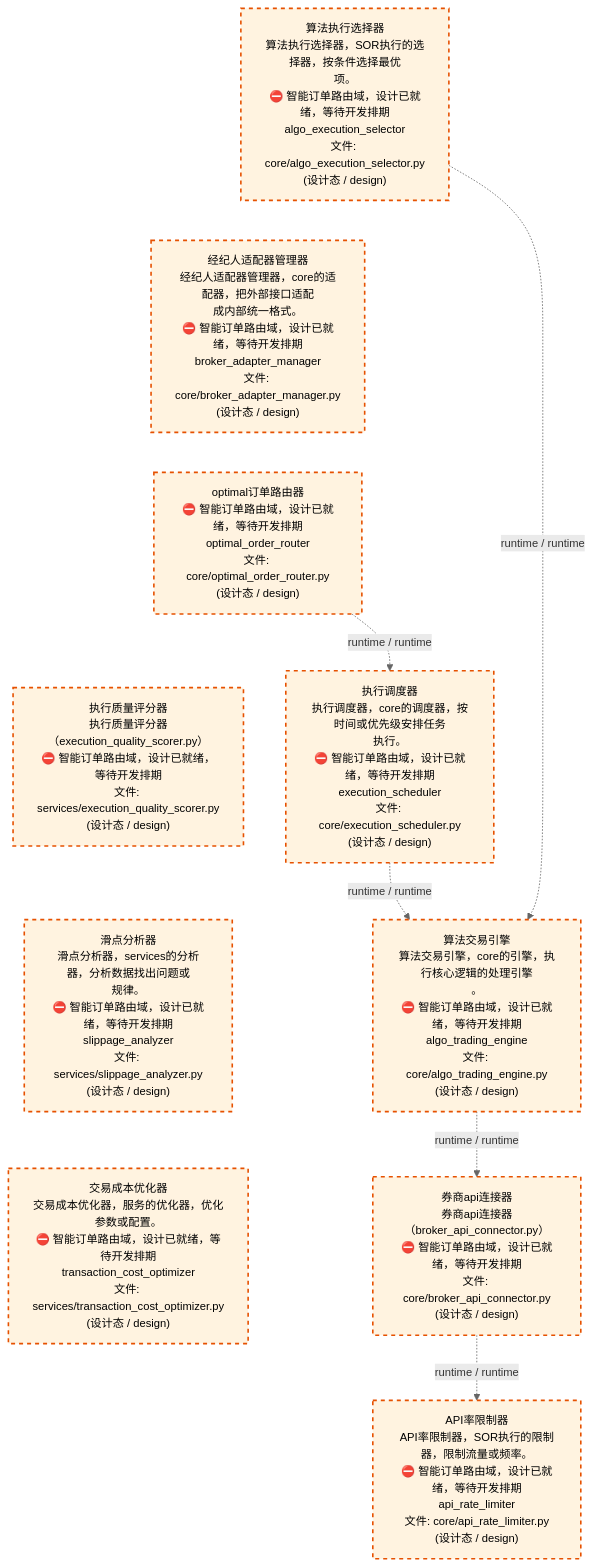
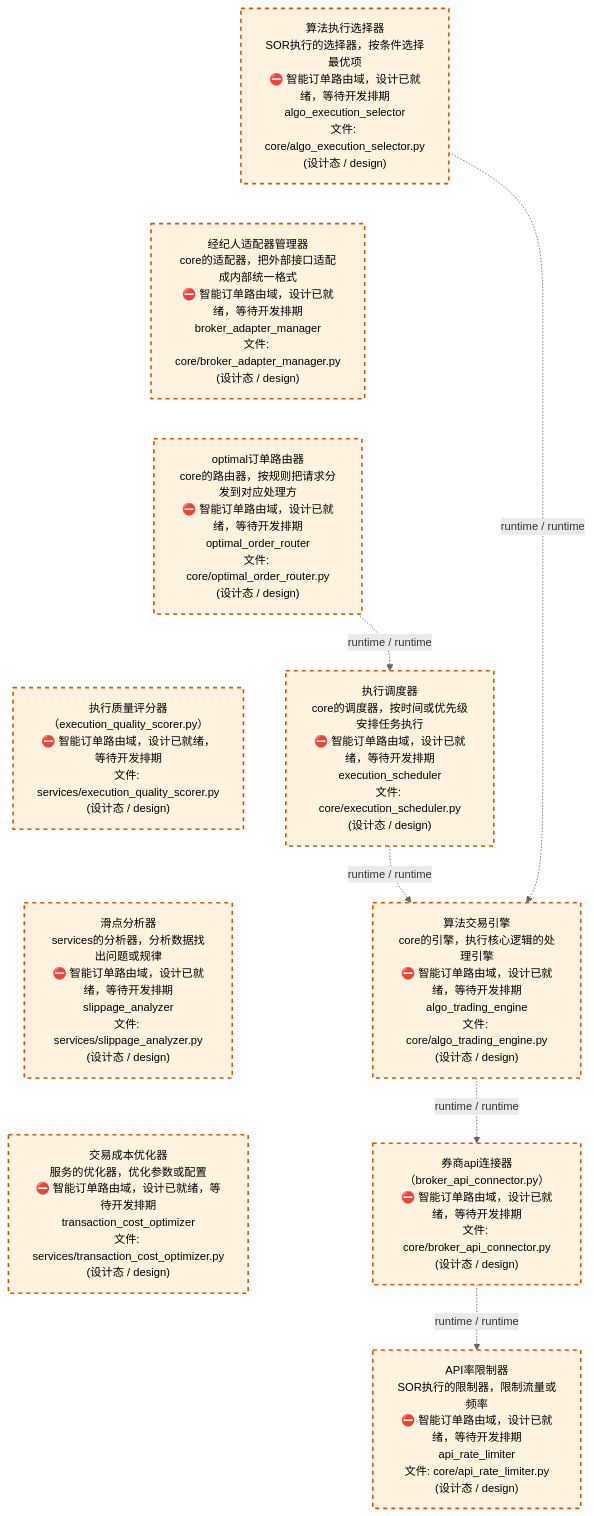
The third of 4 diagrams in docs/02_enterprise_architecture/02_domain_architecture_docs/45_d_ex_sor.md (xuanFelixVan/ZephyrAlpha), drawn with Mermaid before and after one commit. The commit also changed other lines of this file and 63 other files, not shown here.

````diff
--- a/docs/02_enterprise_architecture/02_domain_architecture_docs/45_d_ex_sor.md
+++ b/docs/02_enterprise_architecture/02_domain_architecture_docs/45_d_ex_sor.md
@@ -137,29 +138,29 @@
 ```mermaid
 %%{init: {'theme': 'base', 'themeVariables': {'primaryColor': '#eaeaea', 'primaryTextColor': '#333333', 'primaryBorderColor': '#666666', 'lineColor': '#666666', 'secondaryColor': '#eaeaea', 'tertiaryColor': '#eaeaea', 'fontSize': '14px'}}}%%
 flowchart TD
-    src_zephyr_ex_sor_core_algo_execution_selector_py["算法执行选择器<br/>算法执行选择器，SOR执行的选择器，按条件选择最优<br/>项。<br/>⛔ 智能订单路由域，设计已就绪，等待开发排期<br/>algo_execution_selector<br/>文件: core/algo_execution_selector.py<br/>(设计态 / design)"]
-    src_zephyr_ex_sor_core_broker_adapter_manager_py["经纪人适配器管理器<br/>经纪人适配器管理器，core的适配器，把外部接口适配<br/>成内部统一格式。<br/>⛔ 智能订单路由域，设计已就绪，等待开发排期<br/>broker_adapter_manager<br/>文件: core/broker_adapter_manager.py<br/>(设计态 / design)"]
-    src_zephyr_ex_sor_core_optimal_order_router_py["optimal订单路由器<br/>⛔ 智能订单路由域，设计已就绪，等待开发排期<br/>optimal_order_router<br/>文件: core/optimal_order_router.py<br/>(设计态 / design)"]
-    src_zephyr_ex_sor_services_execution_quality_scorer_py["执行质量评分器<br/>执行质量评分器（execution_quality_scorer.py）<br/>⛔ 智能订单路由域，设计已就绪，等待开发排期<br/>文件: services/execution_quality_scorer.py<br/>(设计态 / design)"]
-    src_zephyr_ex_sor_services_slippage_analyzer_py["滑点分析器<br/>滑点分析器，services的分析器，分析数据找出问题或<br/>规律。<br/>⛔ 智能订单路由域，设计已就绪，等待开发排期<br/>slippage_analyzer<br/>文件: services/slippage_analyzer.py<br/>(设计态 / design)"]
-    src_zephyr_ex_sor_services_transaction_cost_optimizer_py["交易成本优化器<br/>交易成本优化器，服务的优化器，优化参数或配置。<br/>⛔ 智能订单路由域，设计已就绪，等待开发排期<br/>transaction_cost_optimizer<br/>文件: services/transaction_cost_optimizer.py<br/>(设计态 / design)"]
+    src_zephyr_ex_sor_core_algo_execution_selector_py["算法执行选择器<br/>SOR执行的选择器，按条件选择最优项<br/>⛔ 智能订单路由域，设计已就绪，等待开发排期<br/>algo_execution_selector<br/>文件: core/algo_execution_selector.py<br/>(设计态 / design)"]
+    src_zephyr_ex_sor_core_broker_adapter_manager_py["经纪人适配器管理器<br/>core的适配器，把外部接口适配成内部统一格式<br/>⛔ 智能订单路由域，设计已就绪，等待开发排期<br/>broker_adapter_manager<br/>文件: core/broker_adapter_manager.py<br/>(设计态 / design)"]
+    src_zephyr_ex_sor_core_optimal_order_router_py["optimal订单路由器<br/>core的路由器，按规则把请求分发到对应处理方<br/>⛔ 智能订单路由域，设计已就绪，等待开发排期<br/>optimal_order_router<br/>文件: core/optimal_order_router.py<br/>(设计态 / design)"]
+    src_zephyr_ex_sor_services_execution_quality_scorer_py["执行质量评分器<br/>（execution_quality_scorer.py）<br/>⛔ 智能订单路由域，设计已就绪，等待开发排期<br/>文件: services/execution_quality_scorer.py<br/>(设计态 / design)"]
+    src_zephyr_ex_sor_services_slippage_analyzer_py["滑点分析器<br/>services的分析器，分析数据找出问题或规律<br/>⛔ 智能订单路由域，设计已就绪，等待开发排期<br/>slippage_analyzer<br/>文件: services/slippage_analyzer.py<br/>(设计态 / design)"]
+    src_zephyr_ex_sor_services_transaction_cost_optimizer_py["交易成本优化器<br/>服务的优化器，优化参数或配置<br/>⛔ 智能订单路由域，设计已就绪，等待开发排期<br/>transaction_cost_optimizer<br/>文件: services/transaction_cost_optimizer.py<br/>(设计态 / design)"]
     src_zephyr_ex_sor_core_algo_execution_selector_py ~~~ src_zephyr_ex_sor_core_broker_adapter_manager_py
     src_zephyr_ex_sor_core_broker_adapter_manager_py ~~~ src_zephyr_ex_sor_core_optimal_order_router_py
     src_zephyr_ex_sor_core_optimal_order_router_py ~~~ src_zephyr_ex_sor_services_execution_quality_scorer_py
     src_zephyr_ex_sor_services_execution_quality_scorer_py ~~~ src_zephyr_ex_sor_services_slippage_analyzer_py
     src_zephyr_ex_sor_services_slippage_analyzer_py ~~~ src_zephyr_ex_sor_services_transaction_cost_optimizer_py
-    src_zephyr_ex_sor_core_execution_scheduler_py["执行调度器<br/>执行调度器，core的调度器，按时间或优先级安排任务<br/>执行。<br/>⛔ 智能订单路由域，设计已就绪，等待开发排期<br/>execution_scheduler<br/>文件: core/execution_scheduler.py<br/>(设计态 / design)"]
-    src_zephyr_ex_sor_core_algo_trading_engine_py["算法交易引擎<br/>算法交易引擎，core的引擎，执行核心逻辑的处理引擎<br/>。<br/>⛔ 智能订单路由域，设计已就绪，等待开发排期<br/>algo_trading_engine<br/>文件: core/algo_trading_engine.py<br/>(设计态 / design)"]
-    src_zephyr_ex_sor_core_broker_api_connector_py["券商api连接器<br/>券商api连接器（broker_api_connector.py）<br/>⛔ 智能订单路由域，设计已就绪，等待开发排期<br/>文件: core/broker_api_connector.py<br/>(设计态 / design)"]
-    src_zephyr_ex_sor_core_api_rate_limiter_py["API率限制器<br/>API率限制器，SOR执行的限制器，限制流量或频率。<br/>⛔ 智能订单路由域，设计已就绪，等待开发排期<br/>api_rate_limiter<br/>文件: core/api_rate_limiter.py<br/>(设计态 / design)"]
+    src_zephyr_ex_sor_core_execution_scheduler_py["执行调度器<br/>core的调度器，按时间或优先级安排任务执行<br/>⛔ 智能订单路由域，设计已就绪，等待开发排期<br/>execution_scheduler<br/>文件: core/execution_scheduler.py<br/>(设计态 / design)"]
+    src_zephyr_ex_sor_core_algo_trading_engine_py["算法交易引擎<br/>core的引擎，执行核心逻辑的处理引擎<br/>⛔ 智能订单路由域，设计已就绪，等待开发排期<br/>algo_trading_engine<br/>文件: core/algo_trading_engine.py<br/>(设计态 / design)"]
+    src_zephyr_ex_sor_core_broker_api_connector_py["券商api连接器<br/>（broker_api_connector.py）<br/>⛔ 智能订单路由域，设计已就绪，等待开发排期<br/>文件: core/broker_api_connector.py<br/>(设计态 / design)"]
+    src_zephyr_ex_sor_core_api_rate_limiter_py["API率限制器<br/>SOR执行的限制器，限制流量或频率<br/>⛔ 智能订单路由域，设计已就绪，等待开发排期<br/>api_rate_limiter<br/>文件: core/api_rate_limiter.py<br/>(设计态 / design)"]
     src_zephyr_ex_sor_core_optimal_order_router_py -.->|runtime / runtime| src_zephyr_ex_sor_core_execution_scheduler_py
     src_zephyr_ex_sor_core_execution_scheduler_py -.->|runtime / runtime| src_zephyr_ex_sor_core_algo_trading_engine_py
     src_zephyr_ex_sor_core_algo_trading_engine_py -.->|runtime / runtime| src_zephyr_ex_sor_core_broker_api_connector_py
     src_zephyr_ex_sor_core_algo_execution_selector_py -.->|runtime / runtime| src_zephyr_ex_sor_core_algo_trading_engine_py
     src_zephyr_ex_sor_core_broker_api_connector_py -.->|runtime / runtime| src_zephyr_ex_sor_core_api_rate_limiter_py
     classDef production fill:#e1f5fe,stroke:#01579b,stroke-width:2px,color:#000
     classDef design fill:#fff3e0,stroke:#e65100,stroke-width:2px,color:#000,stroke-dasharray: 5 5
     classDef external_prod fill:#e8f4fd,stroke:#0277bd,stroke-width:1px,color:#000
     classDef external_design fill:#fff8e7,stroke:#ef6c00,stroke-width:1px,color:#000,stroke-dasharray: 5 5
     class src_zephyr_ex_sor_core_algo_execution_selector_py,src_zephyr_ex_sor_core_algo_trading_engine_py,src_zephyr_ex_sor_core_api_rate_limiter_py,src_zephyr_ex_sor_core_broker_adapter_manager_py,src_zephyr_ex_sor_core_broker_api_connector_py,src_zephyr_ex_sor_core_execution_scheduler_py,src_zephyr_ex_sor_core_optimal_order_router_py,src_zephyr_ex_sor_services_execution_quality_scorer_py,src_zephyr_ex_sor_services_slippage_analyzer_py,src_zephyr_ex_sor_services_transaction_cost_optimizer_py design
 ```
````
